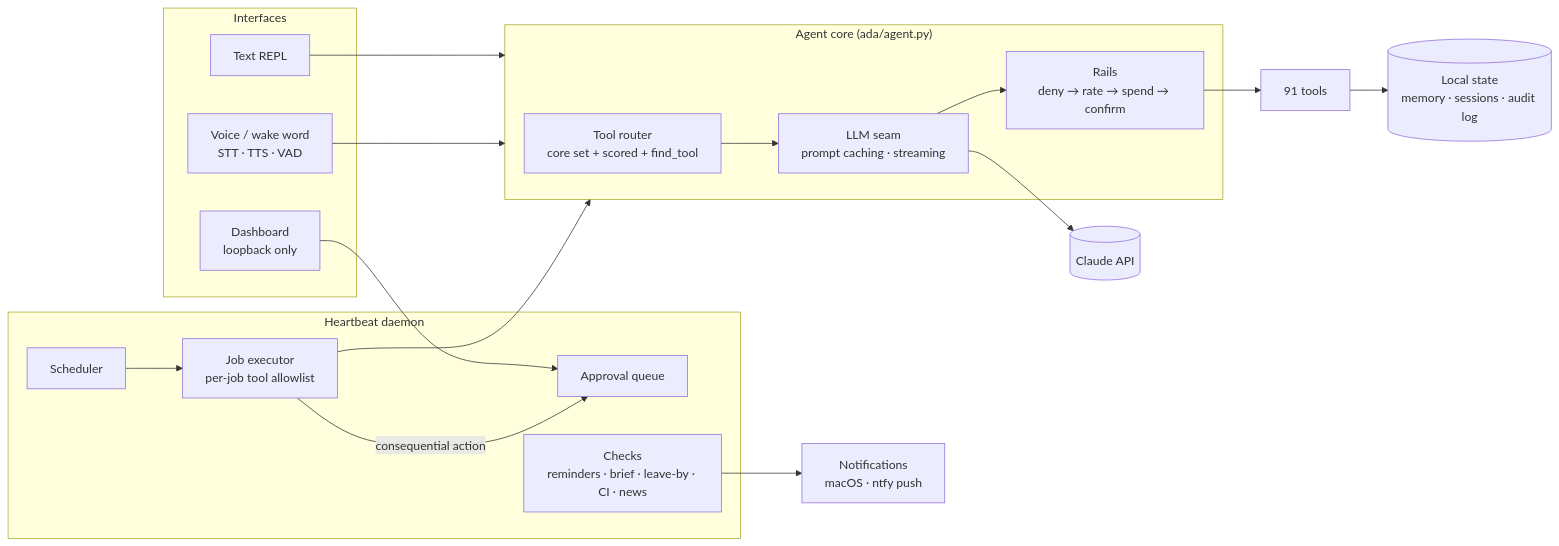
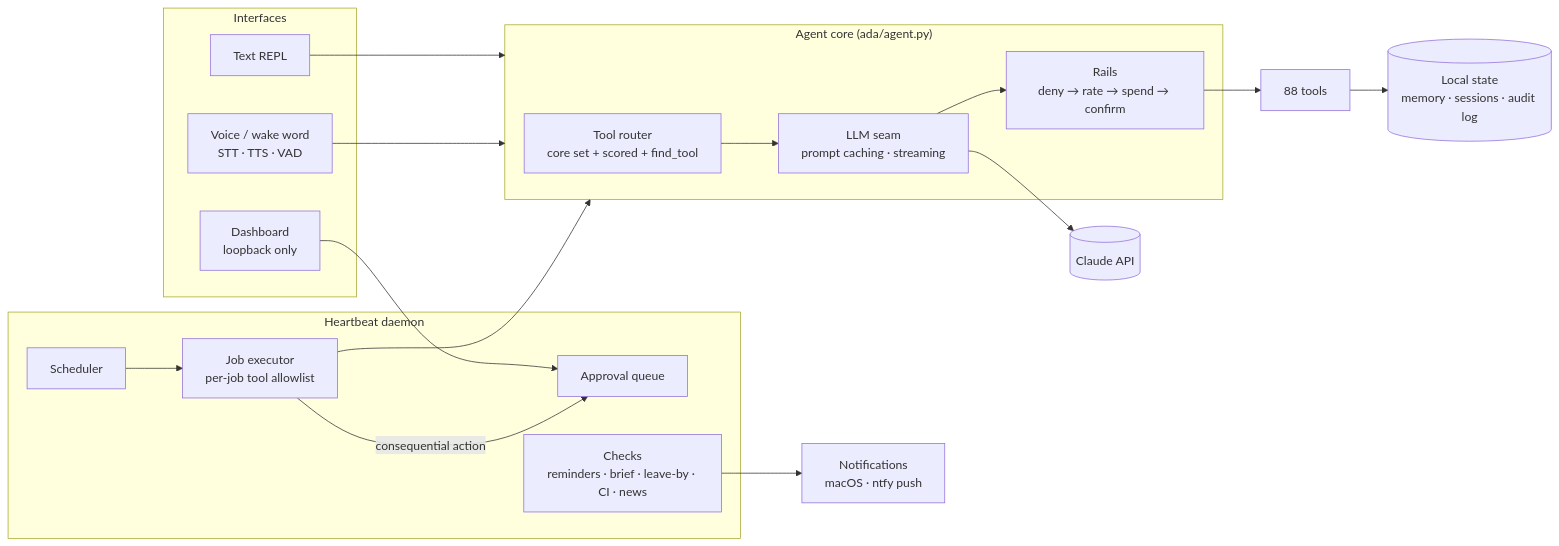
Before and after one commit to mshawa2/ada-assistant: the diagram in README.md, drawn with Mermaid. The commit also changed other lines of this file and 10 other files, not shown here.

````diff
--- a/README.md
+++ b/README.md
@@ -29,30 +29,30 @@
 ```mermaid
 flowchart LR
     subgraph Interfaces
         T[Text REPL]
         V[Voice / wake word<br/>STT · TTS · VAD]
         F[Dashboard<br/>loopback only]
     end
 
     subgraph Core["Agent core (ada/agent.py)"]
         R[Tool router<br/>core set + scored + find_tool]
         L[LLM seam<br/>prompt caching · streaming]
         G[Rails<br/>deny → rate → spend → confirm]
     end
 
     subgraph Daemon["Heartbeat daemon"]
         S[Scheduler]
         J[Job executor<br/>per-job tool allowlist]
         A[Approval queue]
         C[Checks<br/>reminders · brief · leave-by · CI · news]
     end
 
     T & V --> Core
     F --> A
     R --> L --> Claude[(Claude API)]
-    L --> G --> Tools[91 tools]
+    L --> G --> Tools[88 tools]
     S --> J --> Core
     J -- consequential action --> A
     C --> N[Notifications<br/>macOS · ntfy push]
     Tools --> D[(Local state<br/>memory · sessions · audit log)]
 ```
````
